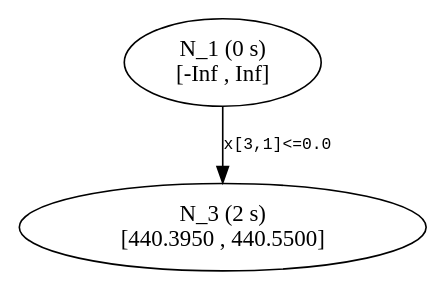
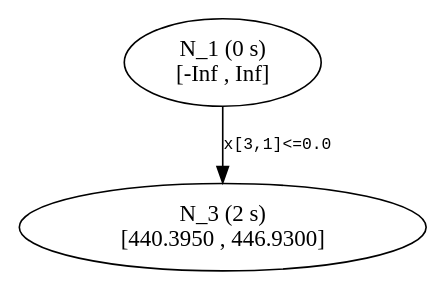
One commit to atoptima/Coluna.jl changed the diagram in dev/start/tree2.dot. Above: the diagram before and after it, drawn with Graphviz. The commit also changed 15 other files, not shown here.

```diff
--- a/dev/start/tree2.dot
+++ b/dev/start/tree2.dot
@@ -1,8 +1,8 @@
 ## dot -Tpdf thisfile > thisfile.pdf 
 
 digraph Branching_Tree {
 	edge[fontname = "Courier", fontsize = 10];
 	n1 [label= "N_1 (0 s) \n[-Inf , Inf]"];
-	n3 [label= "N_3 (2 s) \n[440.3950 , 440.5500]"];
+	n3 [label= "N_3 (2 s) \n[440.3950 , 446.9300]"];
 	n1 -> n3 [label= "x[3,1]<=0.0"];
 }
```
